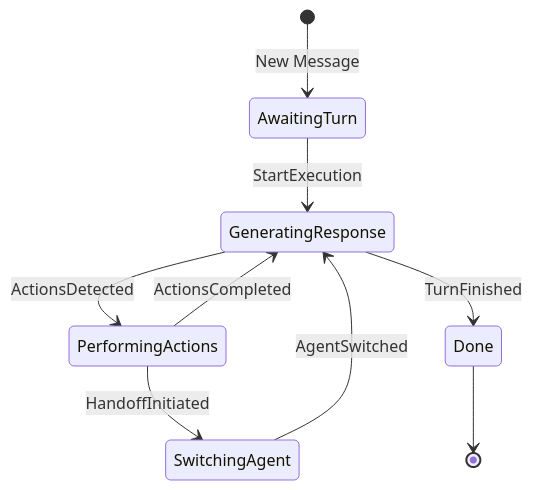
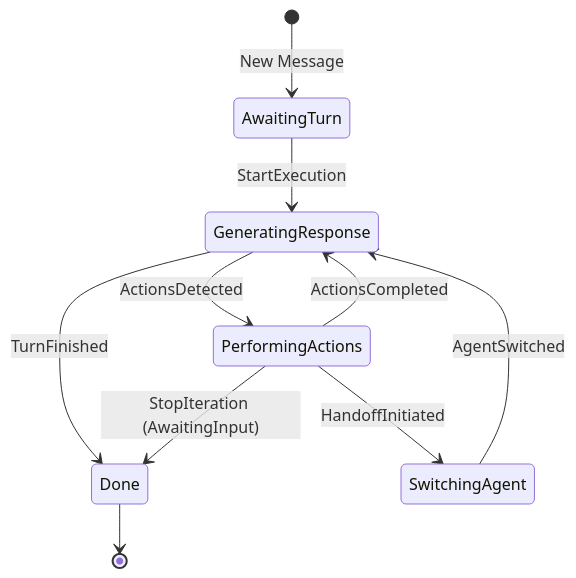
The first of 2 diagrams in services/agentorchestrator/engine/engine.md (MKAPersonalOrganization/AgenticWorkflowPlatform), drawn with Mermaid before and after one commit. The commit also changed other lines of this file and 4 other files, not shown here.

Commit message:
refactor: Update termination reason from Elicitation to AwaitingInput for clarity and consistency

````diff
--- a/services/agentorchestrator/engine/engine.md
+++ b/services/agentorchestrator/engine/engine.md
@@ -8,15 +8,16 @@
 ```mermaid
 stateDiagram-v2
     [*] --> AwaitingTurn : New Message
     AwaitingTurn --> GeneratingResponse : StartExecution
     
     GeneratingResponse --> PerformingActions : ActionsDetected
     GeneratingResponse --> Done : TurnFinished
     
     PerformingActions --> GeneratingResponse : ActionsCompleted
     PerformingActions --> SwitchingAgent : HandoffInitiated
+    PerformingActions --> Done : StopIteration (AwaitingInput)
     
     SwitchingAgent --> GeneratingResponse : AgentSwitched
     
     Done --> [*]
 ```
````
